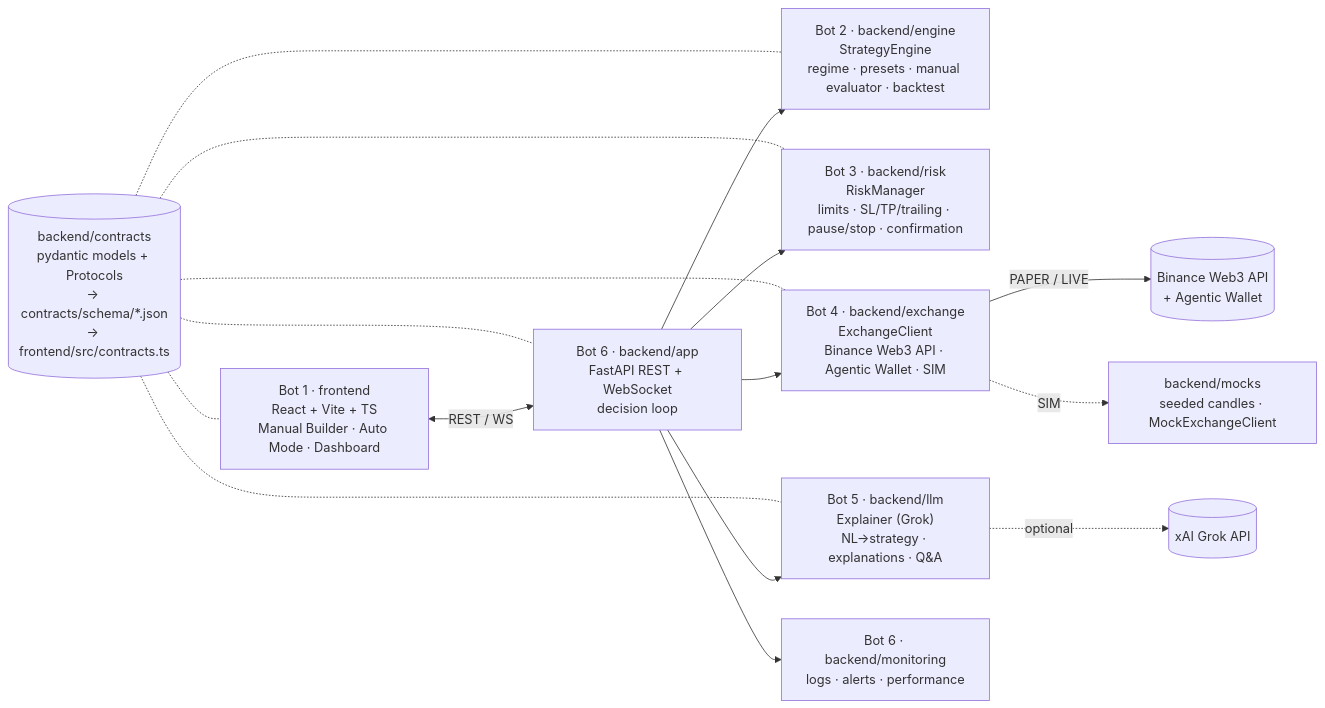
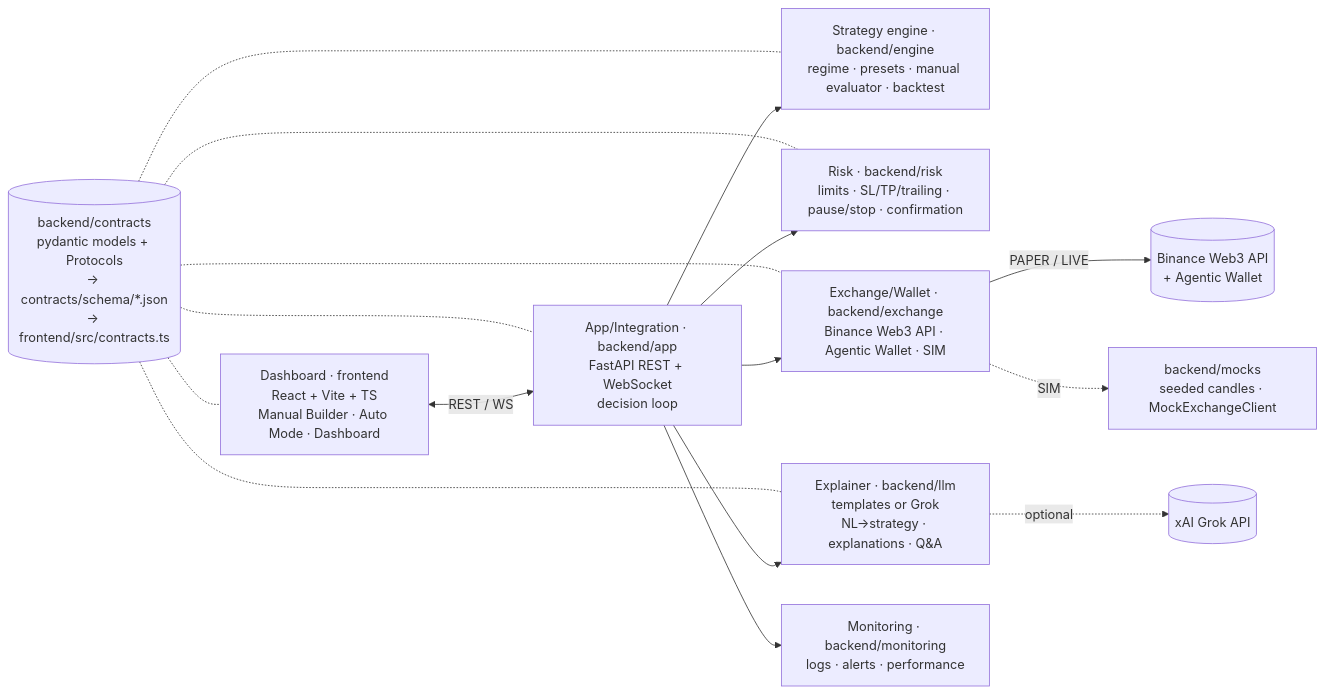
One commit to rishu4436/regime changed the diagram in README.md. Above: the diagram before and after it, drawn with Mermaid. The commit also changed other lines of this file and 8 other files, not shown here.

Commit message:
docs: README for BNB Hack judges (pitch, live mainnet tx, 3-step quick start, team sections 02/05/03/04, architecture with module names, doc links, honest status); module names instead of Bot N in docs and GO_LIVE; Agent Studio identity described as prepared, not registered

````diff
--- a/README.md
+++ b/README.md
@@ -18,25 +128,25 @@
 ```mermaid
 flowchart LR
-    UI["Bot 1 · frontend<br/>React + Vite + TS<br/>Manual Builder · Auto Mode · Dashboard"]
-    APP["Bot 6 · backend/app<br/>FastAPI REST + WebSocket<br/>decision loop"]
-    ENG["Bot 2 · backend/engine<br/>StrategyEngine<br/>regime · presets · manual evaluator · backtest"]
-    RISK["Bot 3 · backend/risk<br/>RiskManager<br/>limits · SL/TP/trailing · pause/stop · confirmation"]
-    EX["Bot 4 · backend/exchange<br/>ExchangeClient<br/>Binance Web3 API · Agentic Wallet · SIM"]
-    LLM["Bot 5 · backend/llm<br/>Explainer (Grok)<br/>NL→strategy · explanations · Q&A"]
-    MON["Bot 6 · backend/monitoring<br/>logs · alerts · performance"]
+    UI["Dashboard · frontend<br/>React + Vite + TS<br/>Manual Builder · Auto Mode · Dashboard"]
+    APP["App/Integration · backend/app<br/>FastAPI REST + WebSocket<br/>decision loop"]
+    ENG["Strategy engine · backend/engine<br/>regime · presets · manual evaluator · backtest"]
+    RISK["Risk · backend/risk<br/>limits · SL/TP/trailing · pause/stop · confirmation"]
+    EX["Exchange/Wallet · backend/exchange<br/>Binance Web3 API · Agentic Wallet · SIM"]
+    LLM["Explainer · backend/llm<br/>templates or Grok<br/>NL→strategy · explanations · Q&A"]
+    MON["Monitoring · backend/monitoring<br/>logs · alerts · performance"]
     C[("backend/contracts<br/>pydantic models + Protocols<br/>→ contracts/schema/*.json<br/>→ frontend/src/contracts.ts")]
     MOCK["backend/mocks<br/>seeded candles · MockExchangeClient"]
     BN[("Binance Web3 API<br/>+ Agentic Wallet")]
     GROK[("xAI Grok API")]
 
     UI <-->|REST / WS| APP
     APP --> ENG
     APP --> RISK
     APP --> EX
     APP --> LLM
     APP --> MON
     EX -->|PAPER / LIVE| BN
     EX -.->|SIM| MOCK
     LLM -.->|optional| GROK
     C -.- UI & APP & ENG & RISK & EX & LLM
 ```
````
